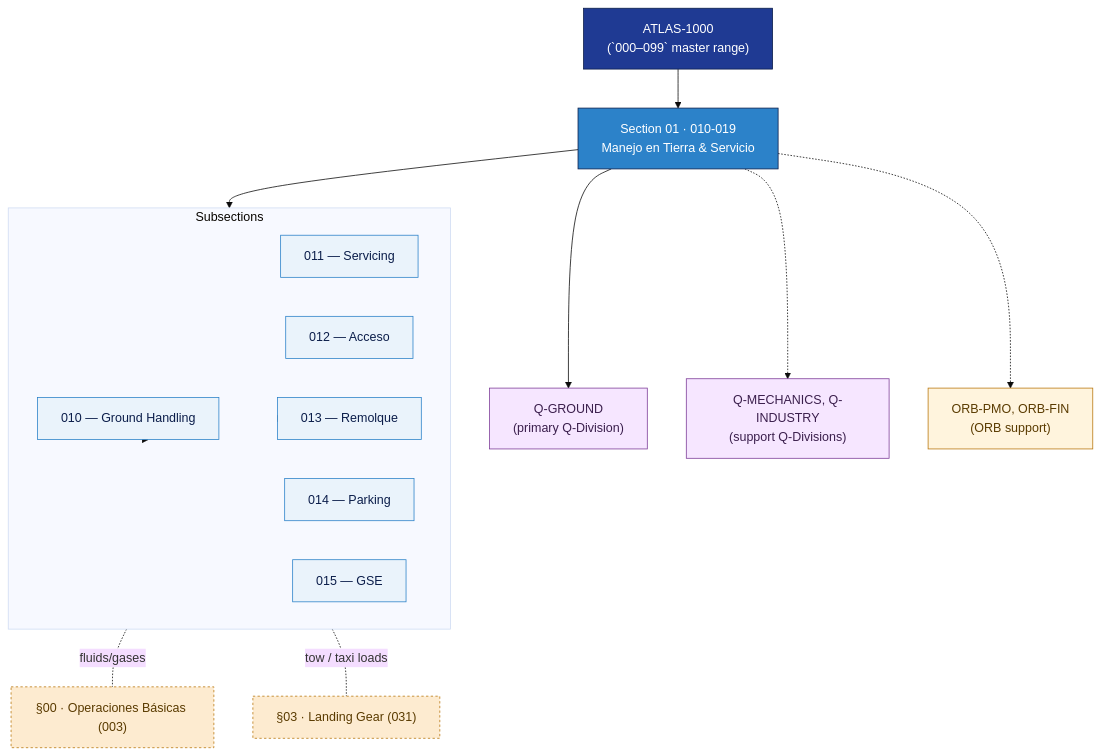
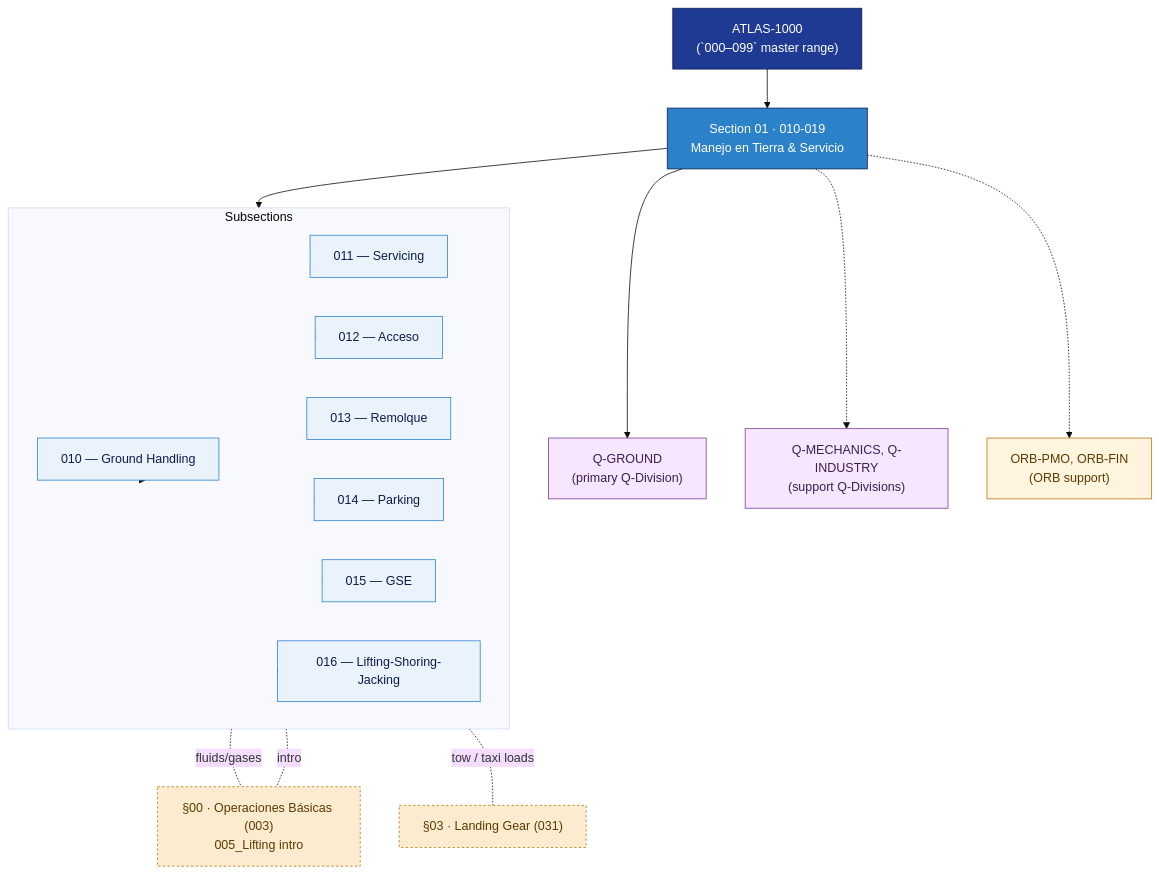
One commit to AmedeoPelliccia/Qplus-For-All-Queer-People-and-Quantum changed the diagram in Q+ATLANTIDE/000-099_ATLAS/010-019_Manejo-en-Tierra-Servicio/README.md. Above: the diagram before and after it, drawn with Mermaid (base theme). The commit also changed other lines of this file and 8 other files, not shown here.

````diff
--- a/Q+ATLANTIDE/000-099_ATLAS/010-019_Manejo-en-Tierra-Servicio/README.md
+++ b/Q+ATLANTIDE/000-099_ATLAS/010-019_Manejo-en-Tierra-Servicio/README.md
@@ -51,43 +52,46 @@
 ```mermaid
 flowchart TB
     PARENT["ATLAS-1000<br/>(`000–099` master range)"]:::parent
     SEC["Section 01 · 010-019<br/>Manejo en Tierra & Servicio"]:::sec
     PARENT --> SEC
 
     subgraph SUBS["Subsections"]
         direction LR
         SUB_010["010 — Ground Handling"]:::sub
         SUB_011["011 — Servicing"]:::sub
         SUB_012["012 — Acceso"]:::sub
         SUB_013["013 — Remolque"]:::sub
         SUB_014["014 — Parking"]:::sub
         SUB_015["015 — GSE"]:::sub
+        SUB_016["016 — Lifting-Shoring-Jacking"]:::sub
     end
     SEC --> SUBS
 
     QPRIM["Q-GROUND<br/>(primary Q-Division)"]:::qdiv
     QSUPP["Q-MECHANICS, Q-INDUSTRY<br/>(support Q-Divisions)"]:::qdiv
     ORB["ORB-PMO, ORB-FIN<br/>(ORB support)"]:::orb
 
     SEC --> QPRIM
     SEC -.-> QSUPP
     SEC -.-> ORB
 
     SUBS --> SUB_010
     SUBS --> SUB_011
     SUBS --> SUB_012
     SUBS --> SUB_013
     SUBS --> SUB_014
     SUBS --> SUB_015
-    EXT_S00["§00 · Operaciones Básicas (003)"]:::ext
+    SUBS --> SUB_016
+    EXT_S00["§00 · Operaciones Básicas (003)<br/>005_Lifting intro"]:::ext
     SUB_011 -. "fluids/gases" .- EXT_S00
     EXT_S03["§03 · Landing Gear (031)"]:::ext
     SUB_013 -. "tow / taxi loads" .- EXT_S03
+    SUB_016 -. "intro" .- EXT_S00
 
     classDef parent fill:#1f3a93,stroke:#0b1d4a,color:#fff
     classDef sec fill:#2c82c9,stroke:#0b1d4a,color:#fff
     classDef sub fill:#eaf3fb,stroke:#2c82c9,color:#0b1d4a
     classDef qdiv fill:#f6e6ff,stroke:#7d3c98,color:#3b1f4d
     classDef orb fill:#fff4dd,stroke:#b9770e,color:#5a3b00
     classDef ext fill:#fdebd0,stroke:#b9770e,color:#5a3b00,stroke-dasharray:3 3
 ```
````
